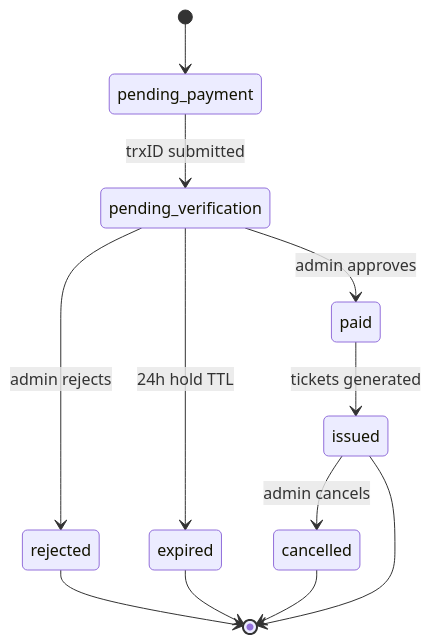
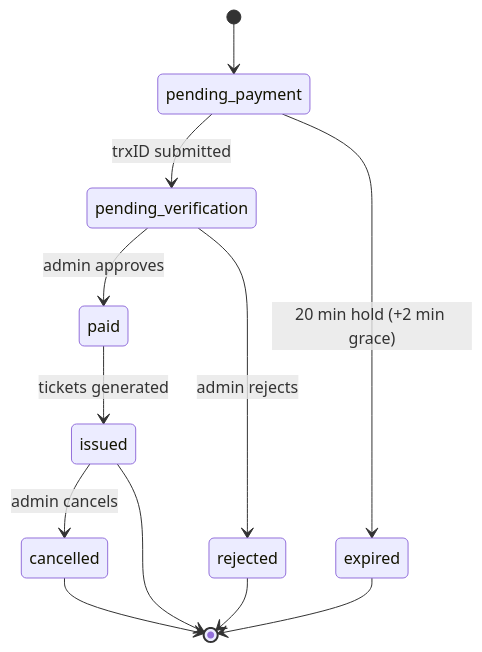
One commit to Ashfak-Hossain/EchoAndAura changed the fourth of 5 diagrams in docs/DIAGRAMS.md. Above: the diagram before and after it, drawn with Mermaid. The commit also changed other lines of this file and 53 other files, not shown here.

First line of the commit message:
feat(orders): 20-minute hold on a visible clock, 2-minute grace (ADR-054)

````diff
--- a/docs/DIAGRAMS.md
+++ b/docs/DIAGRAMS.md
@@ -269,14 +269,14 @@
 ```mermaid
 stateDiagram-v2
     [*] --> pending_payment
     pending_payment --> pending_verification : trxID submitted
     pending_verification --> paid : admin approves
     pending_verification --> rejected : admin rejects
-    pending_verification --> expired : 24h hold TTL
+    pending_payment --> expired : 20 min hold (+2 min grace)
     paid --> issued : tickets generated
     issued --> cancelled : admin cancels
     rejected --> [*]
     expired --> [*]
     cancelled --> [*]
     issued --> [*]
 ```
````
